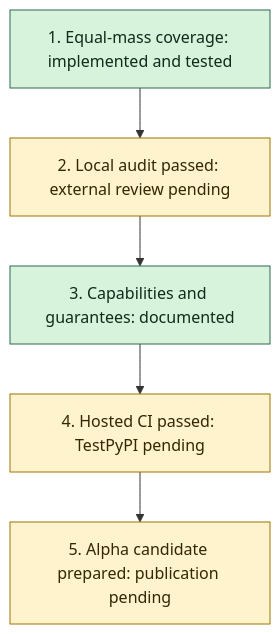
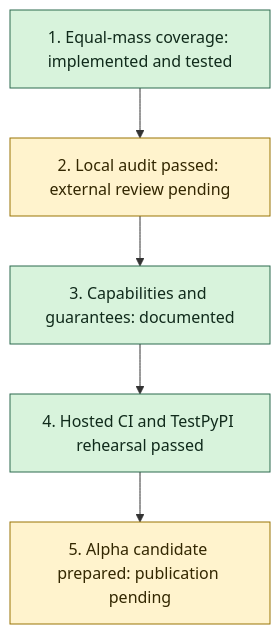
The diagram in docs/RELEASE_PLAN.md (reetanshuh1998/Ramanujan_master_theorem), drawn with Mermaid before and after one commit. The commit also changed other lines of this file and 7 other files, not shown here.

````diff
--- a/docs/RELEASE_PLAN.md
+++ b/docs/RELEASE_PLAN.md
@@ -6,13 +6,13 @@
 ```mermaid
 flowchart TD
     A[1. Equal-mass coverage: implemented and tested]
     B[2. Local audit passed: external review pending]
     C[3. Capabilities and guarantees: documented]
-    D[4. Hosted CI passed: TestPyPI pending]
+    D[4. Hosted CI and TestPyPI rehearsal passed]
     E[5. Alpha candidate prepared: publication pending]
     A --> B --> C --> D --> E
     classDef ready fill:#d8f3dc,stroke:#2d6a4f,color:#102a1b
     classDef pending fill:#fff3cd,stroke:#997404,color:#332701
-    class A,C ready
-    class B,D,E pending
+    class A,C,D ready
+    class B,E pending
 ```
````
